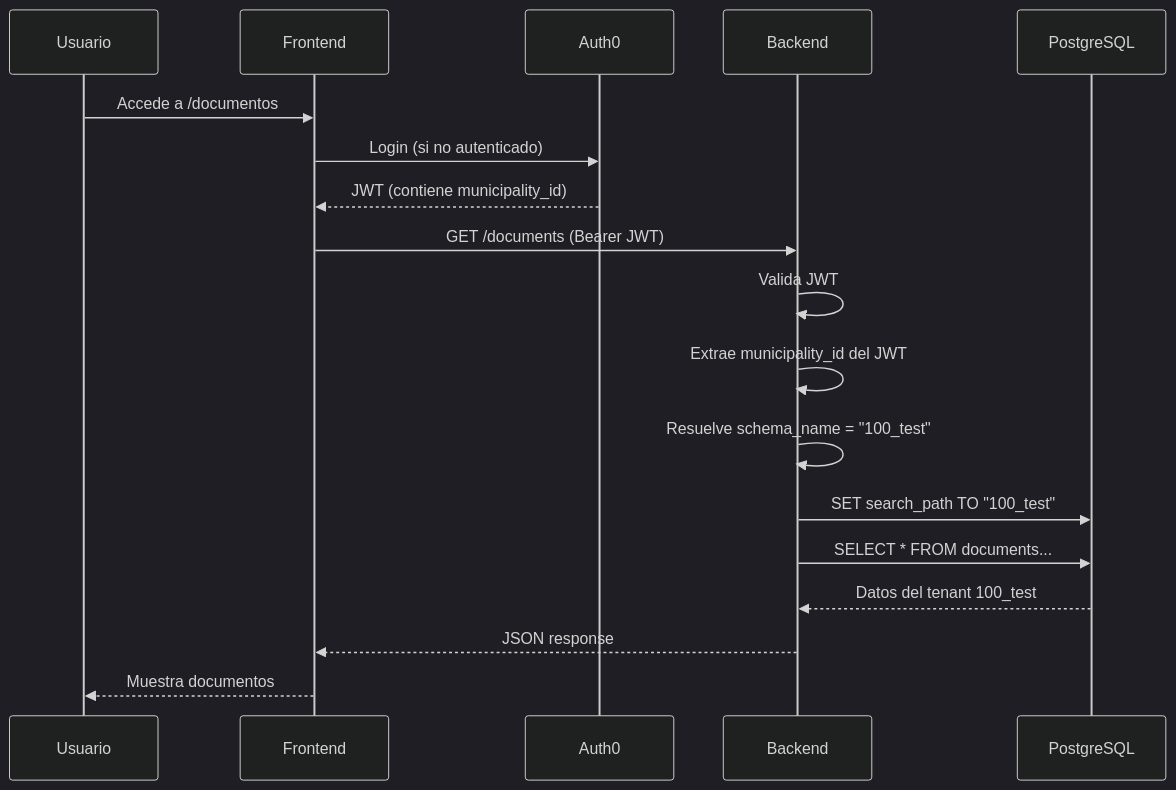
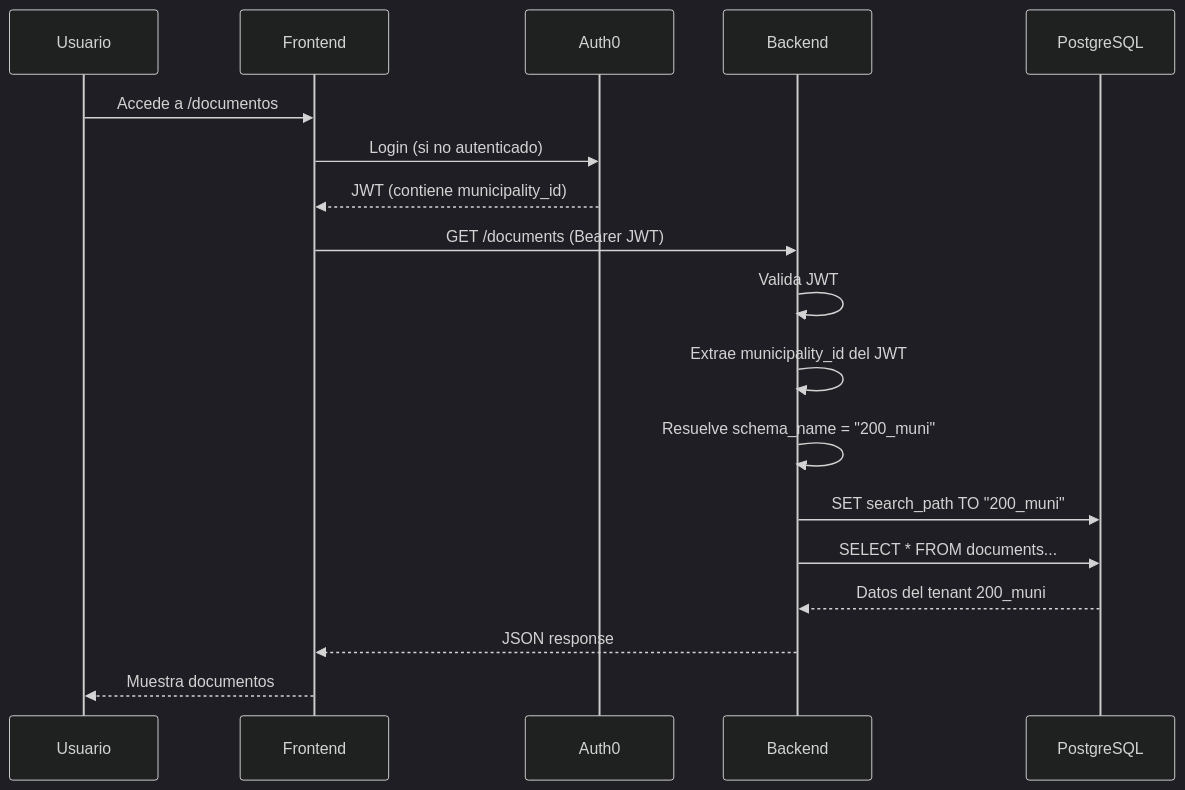
The diagram in docs/arquitectura/multi-tenant.md (GDI-APGLv3/Site-Docs), drawn with Mermaid (dark theme) before and after one commit. The commit also changed other lines of this file and 23 other files, not shown here.

First line of the commit message:
fix: replace real schema names and UUIDs with generic examples

````diff
--- a/docs/arquitectura/multi-tenant.md
+++ b/docs/arquitectura/multi-tenant.md
@@ -259,21 +259,21 @@
 ```mermaid
 sequenceDiagram
     participant U as Usuario
     participant FE as Frontend
     participant A0 as Auth0
     participant BE as Backend
     participant PG as PostgreSQL
 
     U->>FE: Accede a /documentos
     FE->>A0: Login (si no autenticado)
     A0-->>FE: JWT (contiene municipality_id)
     FE->>BE: GET /documents (Bearer JWT)
     BE->>BE: Valida JWT
     BE->>BE: Extrae municipality_id del JWT
-    BE->>BE: Resuelve schema_name = "100_test"
-    BE->>PG: SET search_path TO "100_test"
+    BE->>BE: Resuelve schema_name = "200_muni"
+    BE->>PG: SET search_path TO "200_muni"
     BE->>PG: SELECT * FROM documents...
-    PG-->>BE: Datos del tenant 100_test
+    PG-->>BE: Datos del tenant 200_muni
     BE-->>FE: JSON response
     FE-->>U: Muestra documentos
 ```
````
